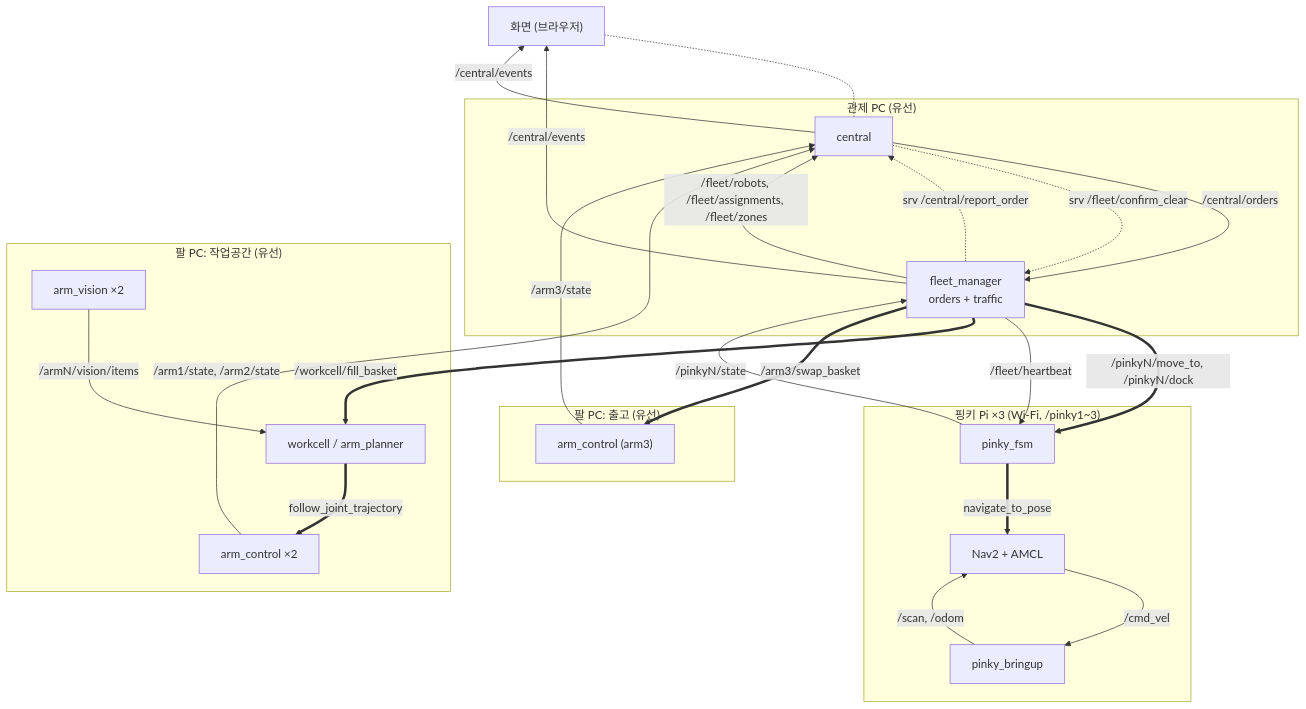
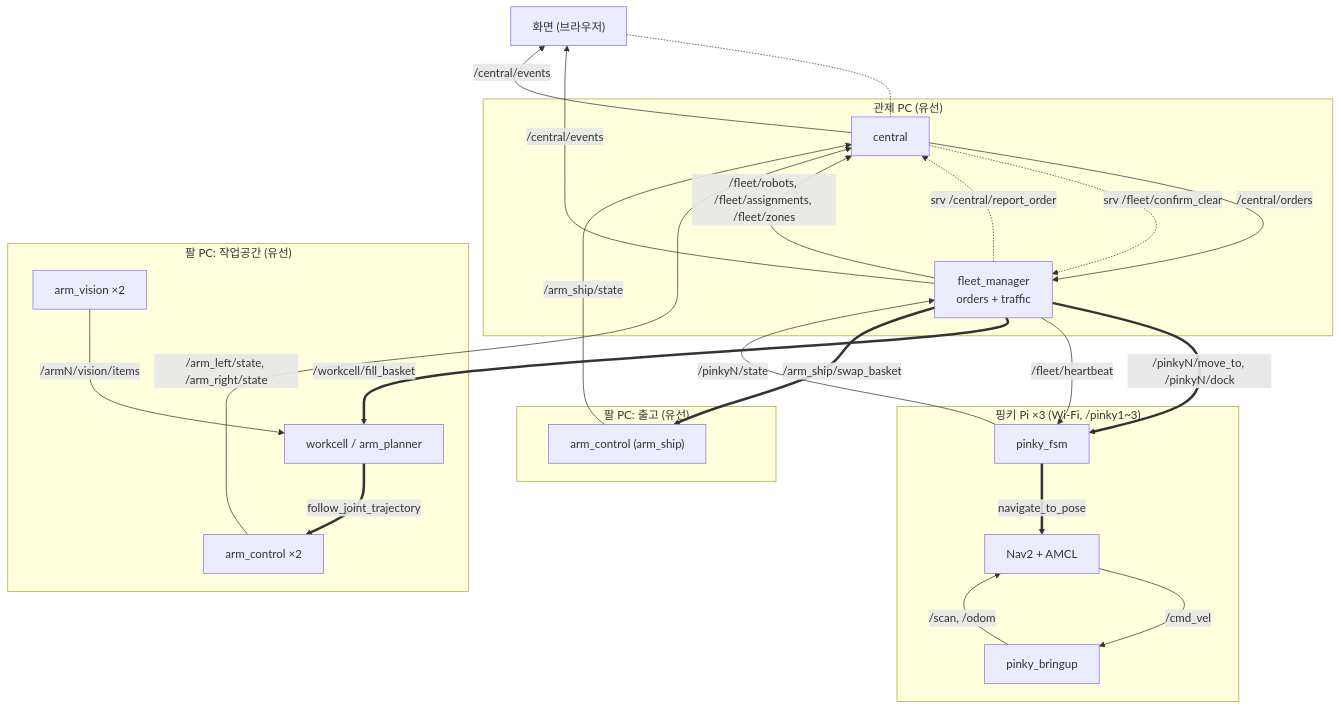
One commit to addinedu-roscamp-16th/roscamp-repo-2 changed the diagram in README.md. Above: the diagram before and after it, drawn with Mermaid. The commit also changed other lines of this file and 29 other files, not shown here.

First line of the commit message:
refactor: 팔 이름 arm1 · arm2 · arm3 → arm_left · arm_right · arm_ship

````diff
--- a/README.md
+++ b/README.md
@@ -21,40 +21,40 @@
 ```mermaid
 flowchart TB
   web["화면 (브라우저)"]
   subgraph pcbox["관제 PC (유선)"]
     central["central"]
     fm["fleet_manager<br/>orders + traffic"]
   end
   subgraph pinky["핑키 Pi ×3 (Wi-Fi, /pinky1~3)"]
     fsm["pinky_fsm"]
     nav["Nav2 + AMCL"]
     bring["pinky_bringup"]
   end
   subgraph armw["팔 PC: 작업공간 (유선)"]
     wc["workcell / arm_planner"]
     ac["arm_control ×2"]
     av["arm_vision ×2"]
   end
   subgraph armo["팔 PC: 출고 (유선)"]
-    a3["arm_control (arm3)"]
+    a3["arm_control (arm_ship)"]
   end
   web -.- central
   central -- "/central/orders" --> fm
   fm -. "srv /central/report_order" .-> central
   fm -- "/fleet/robots, /fleet/assignments, /fleet/zones" --> central
   fm -- "/central/events" --> web
   central -- "/central/events" --> web
   central -. "srv /fleet/confirm_clear" .-> fm
   fm == "/pinkyN/move_to, /pinkyN/dock" ==> fsm
   fm -- "/fleet/heartbeat" --> fsm
   fsm -- "/pinkyN/state" --> fm
   fsm == "navigate_to_pose" ==> nav
   nav -- "/cmd_vel" --> bring
   bring -- "/scan, /odom" --> nav
   fm == "/workcell/fill_basket" ==> wc
-  fm == "/arm3/swap_basket" ==> a3
+  fm == "/arm_ship/swap_basket" ==> a3
   av -- "/armN/vision/items" --> wc
   wc == "follow_joint_trajectory" ==> ac
-  ac -- "/arm1/state, /arm2/state" --> central
-  a3 -- "/arm3/state" --> central
+  ac -- "/arm_left/state, /arm_right/state" --> central
+  a3 -- "/arm_ship/state" --> central
 ```
````
